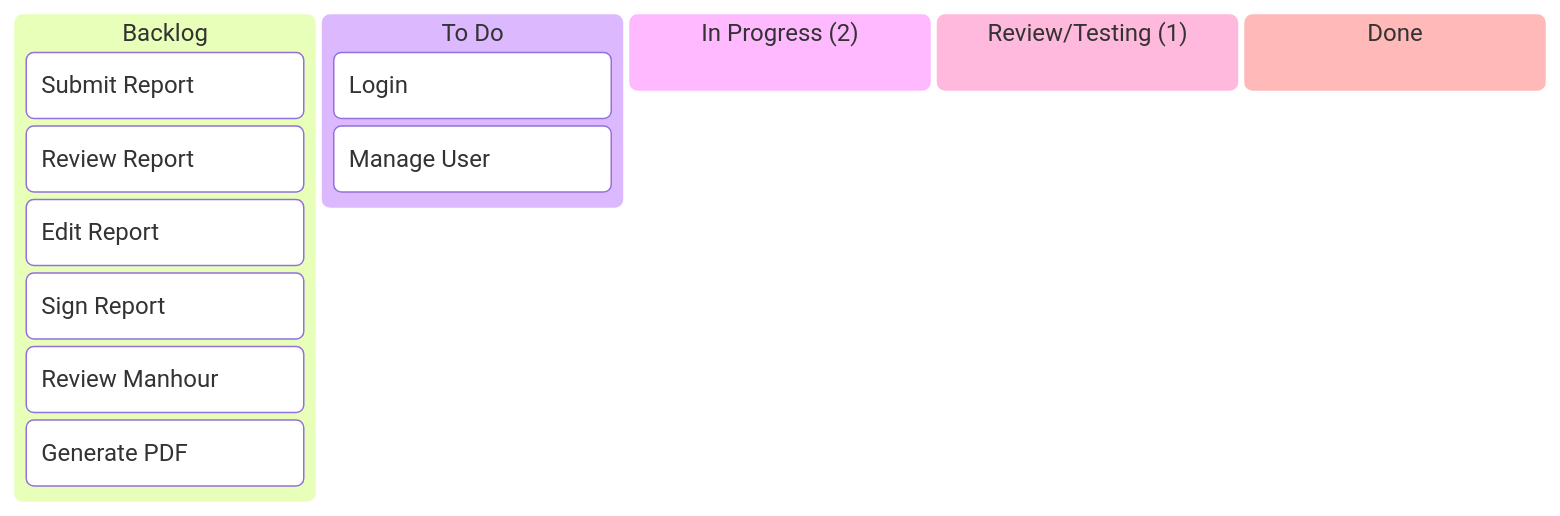
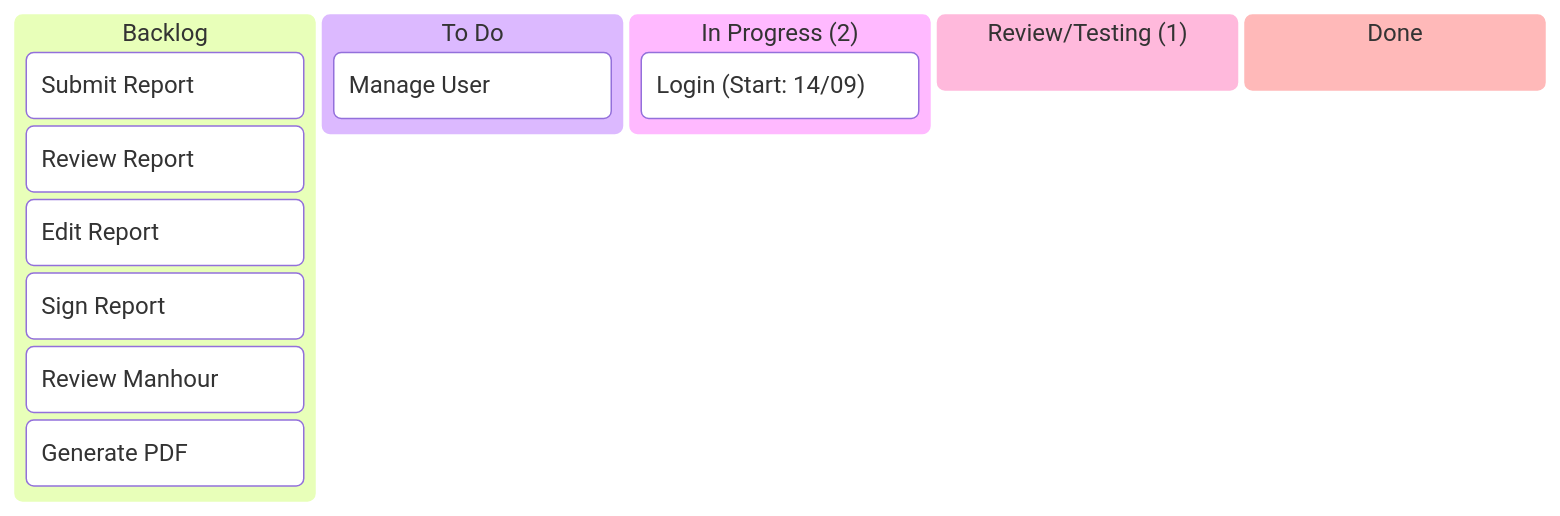
The diagram in Kanban/02-Kanban.md (billdansr/kanban-boc-om), drawn with Mermaid before and after one commit. The commit also changed 1 other file, not shown here.

Commit message:
vault backup: 2025-09-21 20:19:28
Login: To Do -> In Progress (Start: 14/09)

````diff
--- a/Kanban/02-Kanban.md
+++ b/Kanban/02-Kanban.md
@@ -3,23 +3,22 @@
 ```mermaid
 kanban
   backlog[Backlog]
     b2[Submit Report]
     b3[Review Report]
     b4[Edit Report]
     b5[Sign Report]
     b6[Review Manhour]
     b7[Generate PDF]
 
   todo[To Do]
-    t1[Login]
     t8[Manage User]
 
   inprogress["In Progress (2)"]
-
+     i1["Login (Start: 14/09)"]
 
   review["Review/Testing (1)"]
     
 
   done[Done]
 
 ```
````
